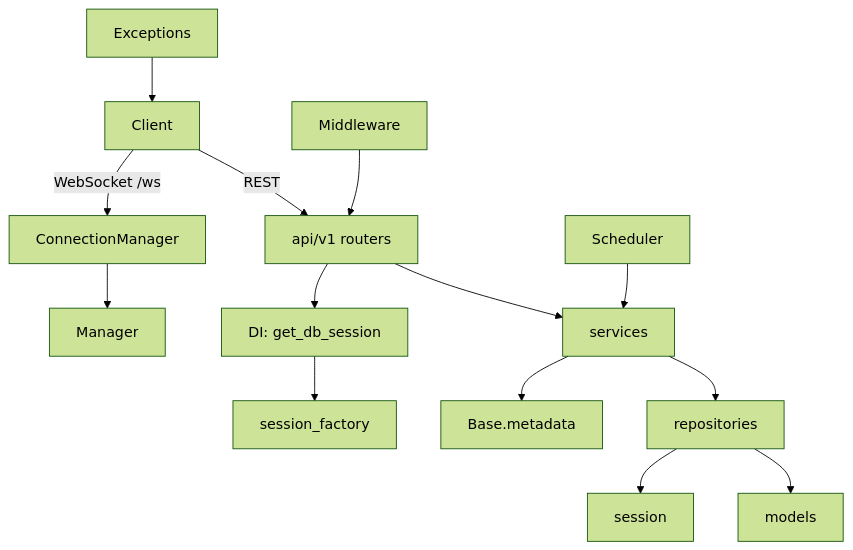
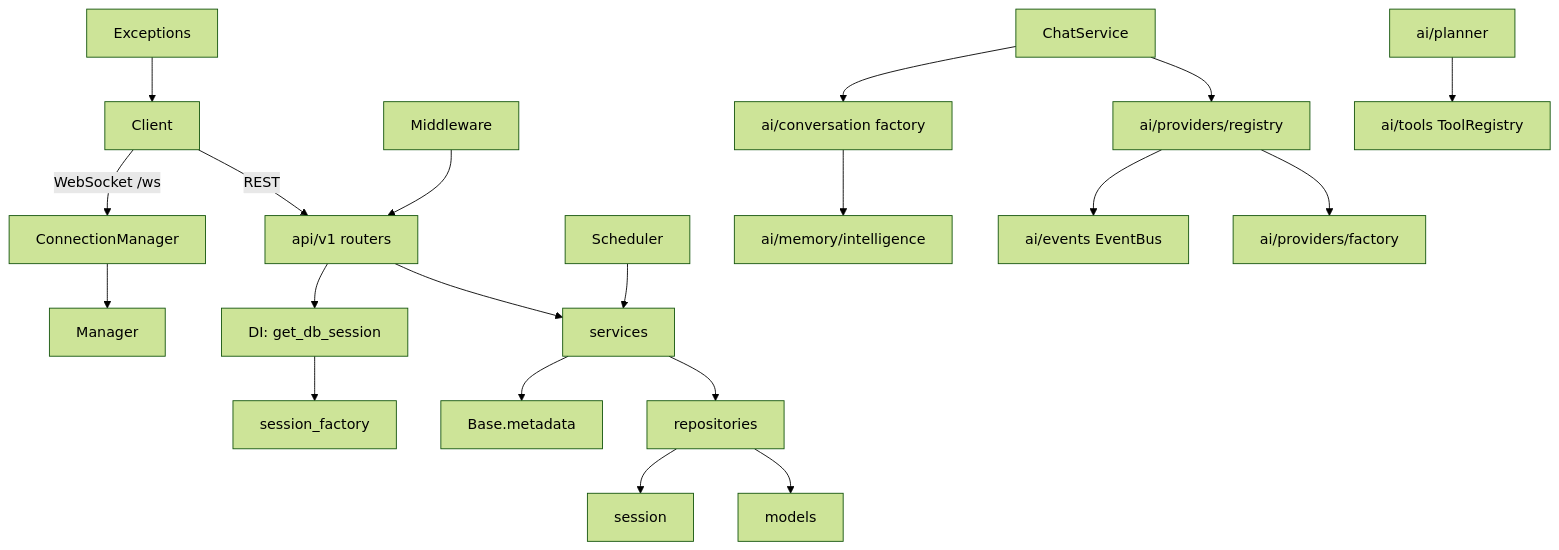
The diagram in backend/docs/ARCHITECTURE.md (Srivatsav1298/Jarvis), drawn with Mermaid (forest theme) before and after one commit. The commit also changed other lines of this file and 230 other files, not shown here.

````diff
--- a/backend/docs/ARCHITECTURE.md
+++ b/backend/docs/ARCHITECTURE.md
@@ -69,16 +115,22 @@
 ```mermaid
 graph TD
     Client -->|REST| Router[api/v1 routers]
     Client -->|WebSocket /ws| WSM[ConnectionManager]
     Router --> Service[services]
     WSM --> Manager
     Router --> Dep[DI: get_db_session]
     Dep --> Factory[session_factory]
     Service --> Repo[repositories]
     Repo --> Models[models]
     Repo --> Session[session]
     Scheduler --> Service
     Service --> Base[Base.metadata]
     Middleware --> Router
     Exceptions --> Client
+    ChatService --> AIManager[ai/providers/registry]
+    AIManager --> Provider[ai/providers/factory]
+    AIManager --> Events[ai/events EventBus]
+    ChatService --> Convo[ai/conversation factory]
+    Convo --> MemoryIntel[ai/memory/intelligence]
+    Planner[ai/planner] --> Tools[ai/tools ToolRegistry]
 ```
````
